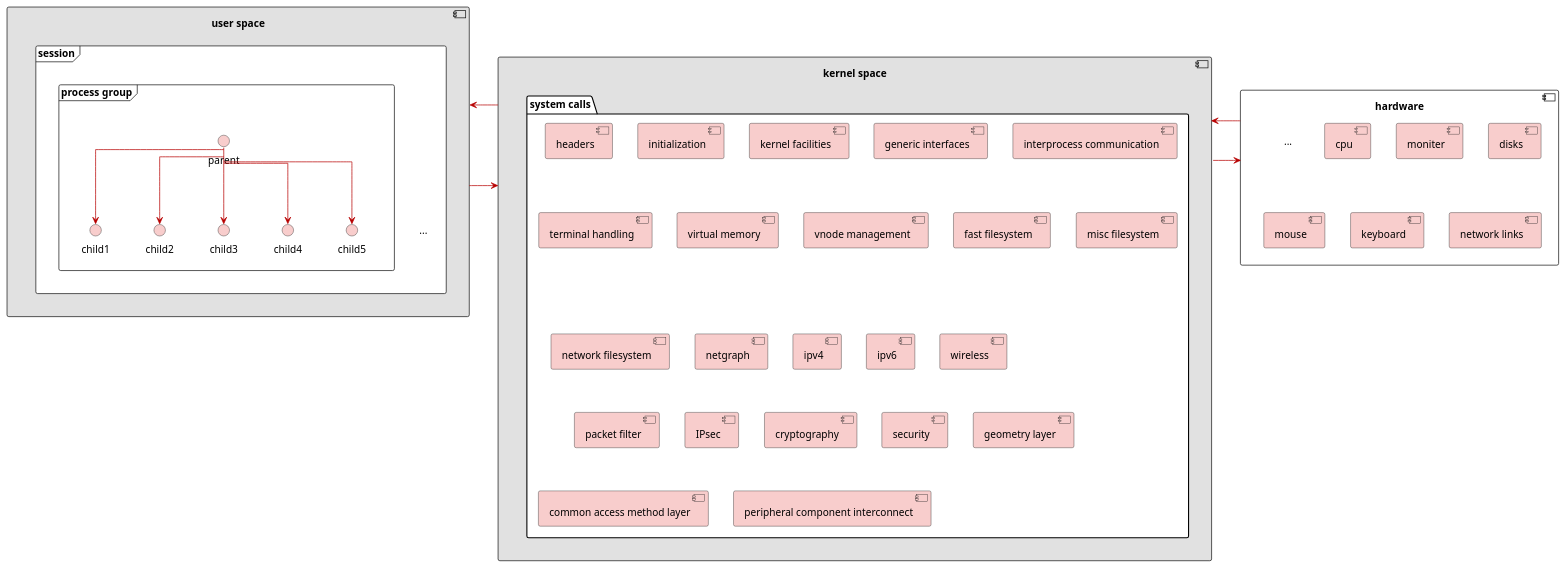
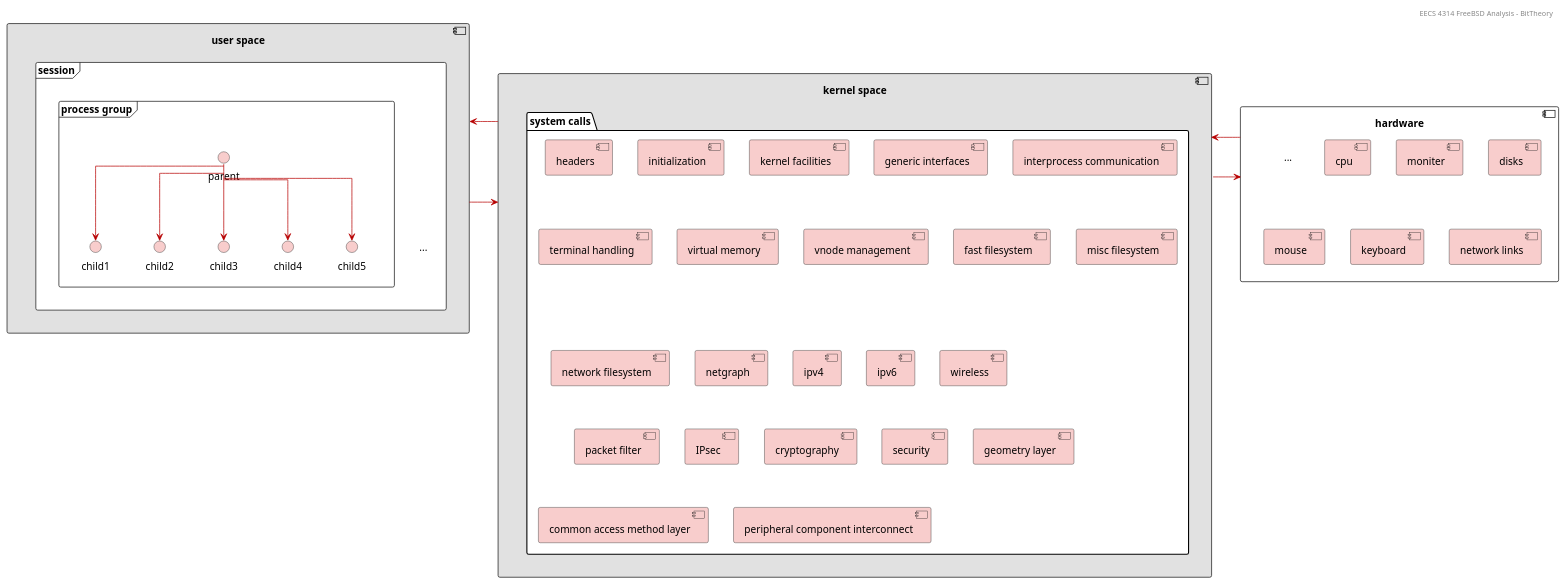
Before and after one commit to BitTheoryProject/eecs4314-reports: the diagram in a1/assets/system_diagrams/kernel-organization.pu, drawn with PlantUML. The commit also changed 2 other files, not shown here.

Commit message:
Added copyright to diagrams for A1

```diff
--- a/a1/assets/system_diagrams/kernel-organization.pu
+++ b/a1/assets/system_diagrams/kernel-organization.pu
@@ -1,82 +1,84 @@
 @startuml
+header EECS 4314 FreeBSD Analysis - BitTheory
+
 skinparam {
   arrowcolor #B70000
   linetype ortho
 }
 
 <style>
 rectangle {
     backgroundcolor white
     shadowing 0
     linecolor transparent
 }
 </style>
 
 
 component "kernel space" as ks #e1e1e1 {
   folder "system calls" as sc #ffffff {
     [headers] #F8CDCC
     [initialization] #F8CDCC
     [kernel facilities] #F8CDCC
     [generic interfaces] #F8CDCC
     [interprocess communication] #F8CDCC
     [terminal handling] #F8CDCC
     [virtual memory] #F8CDCC
     [vnode management] #F8CDCC
     [fast filesystem] #F8CDCC
     [misc filesystem] #F8CDCC
     [network filesystem] #F8CDCC
     [netgraph] #F8CDCC
     [ipv4] #F8CDCC
     [ipv6] #F8CDCC
     [wireless] #F8CDCC
     [packet filter] #F8CDCC
     [IPsec] #F8CDCC
     [cryptography] #F8CDCC
     [security] #F8CDCC
     [geometry layer] #F8CDCC
     [common access method layer] #F8CDCC
     [peripheral component interconnect] #F8CDCC
   }
 }
 
 component "user space" as us #e1e1e1 {
   frame "session" as ps #ffffff {
   frame "process group" as pf { 
   circle "parent" as p1 #F8CDCC
   circle "child1" as p2 #F8CDCC
   circle "child2" as p3 #F8CDCC
   circle "child3" as p4 #F8CDCC
   circle "child4" as p5 #F8CDCC
   circle "child5" as p6 #F8CDCC
 
   p1 -d-> p2
   p1 -d-> p3
   p1 -d-> p4
   p1 -d-> p5
   p1 -d-> p6
   }
   rectangle "..." as pr
 
   pr -u[hidden]-> pf
   }
 }
 
 component "hardware" as hw {
   [cpu] #F8CDCC
   [moniter] #F8CDCC
   [mouse] #F8CDCC
   [disks] #F8CDCC
   [keyboard] #F8CDCC
   [network links] #F8CDCC
   rectangle "..." as hr
   [mouse] -u[hidden]-> hr
 }
 
 
 
 ks -l-> us
 ks <-r- us
 ks <-l- hw
 ks -r-> hw
 @enduml
```
